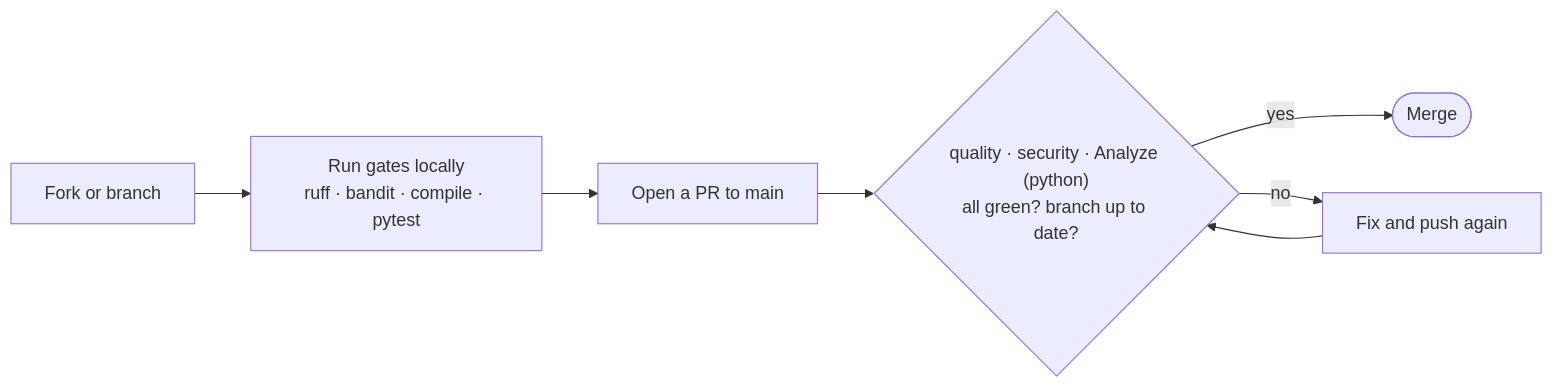
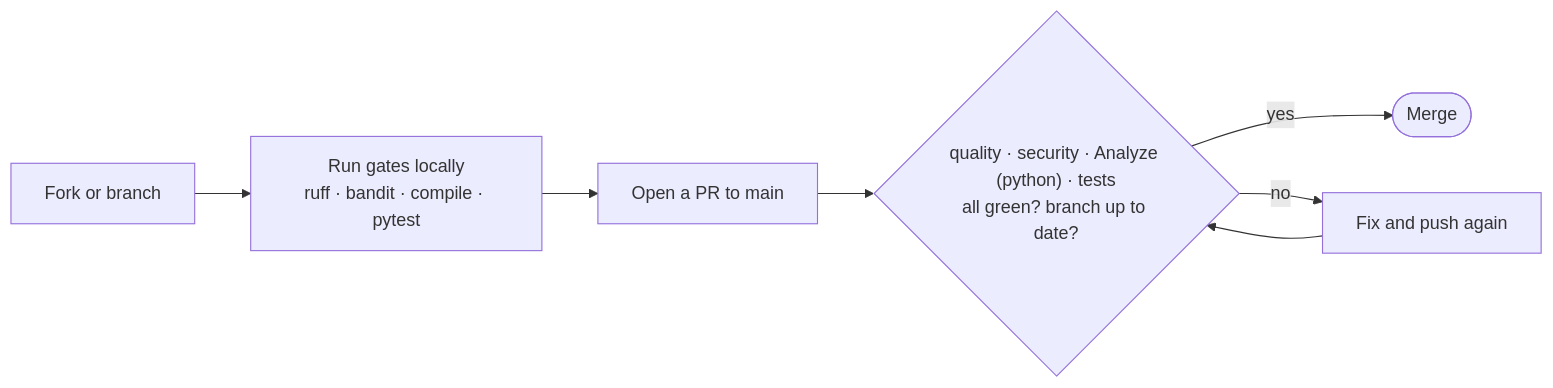
The diagram in CONTRIBUTING.md (David-BS/candidate-suite), drawn with Mermaid before and after one commit. The commit also changed other lines of this file and 3 other files, not shown here.

````diff
--- a/CONTRIBUTING.md
+++ b/CONTRIBUTING.md
@@ -73,9 +75,9 @@
 ```mermaid
 flowchart LR
     F["Fork or branch"] --> L["Run gates locally<br/>ruff &middot; bandit &middot; compile &middot; pytest"]
     L --> PR["Open a PR to main"]
-    PR --> C{"quality &middot; security &middot; Analyze (python)<br/>all green? branch up to date?"}
+    PR --> C{"quality &middot; security &middot; Analyze (python) &middot; tests<br/>all green? branch up to date?"}
     C -- yes --> M(["Merge"])
     C -- no --> Fix["Fix and push again"]
     Fix --> C
 ```
````
